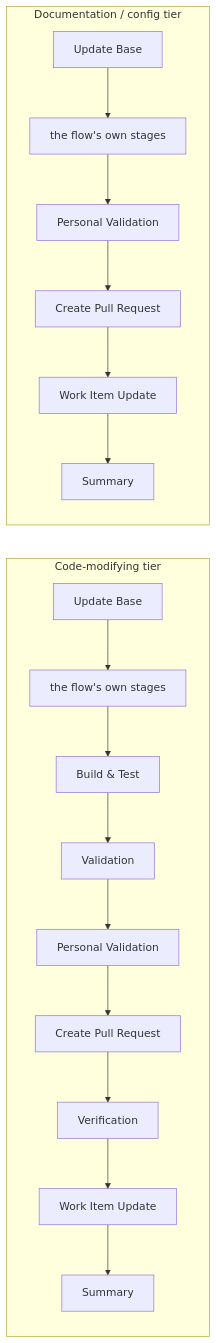
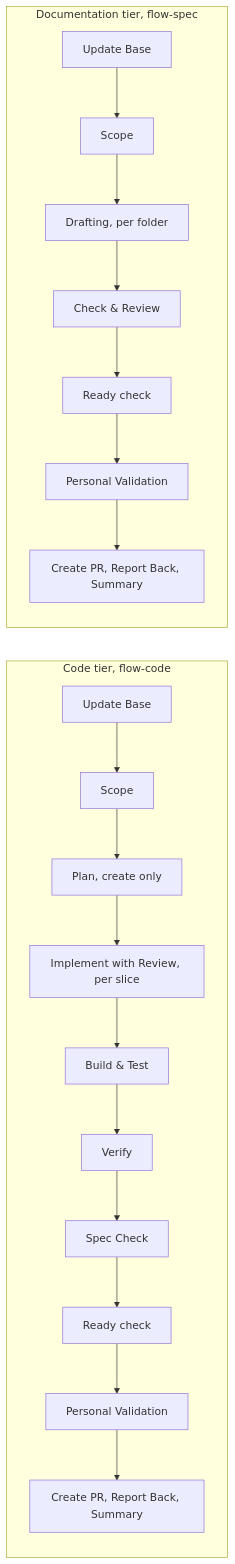
One commit to JSdotNet/ai-agent-stack changed the fourth of 7 diagrams in .devbook/arc42/building-blocks/delivery.md. Above: the diagram before and after it, drawn with Mermaid. The commit also changed other lines of this file and 10 other files, not shown here.

First line of the commit message:
Record the per-phase delivery config decision

````diff
--- a/.devbook/arc42/building-blocks/delivery.md
+++ b/.devbook/arc42/building-blocks/delivery.md
@@ -853,23 +997,25 @@
 ```mermaid
 flowchart LR
-    subgraph code["Code-modifying tier"]
+    subgraph code["Code tier, flow-code"]
         direction TB
-        c1["Update Base"] --> c2["the flow's own stages"]
-        c2 --> c3["Build & Test"]
-        c3 --> c4["Validation"]
-        c4 --> c5["Personal Validation"]
-        c5 --> c6["Create Pull Request"]
-        c6 --> c7["Verification"]
-        c7 --> c8["Work Item Update"]
-        c8 --> c9["Summary"]
+        c1["Update Base"] --> c2["Scope"]
+        c2 --> c3["Plan, create only"]
+        c3 --> c4["Implement with Review, per slice"]
+        c4 --> c5["Build & Test"]
+        c5 --> c6["Verify"]
+        c6 --> c7["Spec Check"]
+        c7 --> c8["Ready check"]
+        c8 --> c9["Personal Validation"]
+        c9 --> c10["Create PR, Report Back, Summary"]
     end
 
-    subgraph docs["Documentation / config tier"]
+    subgraph docs["Documentation tier, flow-spec"]
         direction TB
-        d1["Update Base"] --> d2["the flow's own stages"]
-        d2 --> d5["Personal Validation"]
-        d5 --> d6["Create Pull Request"]
-        d6 --> d8["Work Item Update"]
-        d8 --> d9["Summary"]
+        d1["Update Base"] --> d2["Scope"]
+        d2 --> d3["Drafting, per folder"]
+        d3 --> d4["Check & Review"]
+        d4 --> d5["Ready check"]
+        d5 --> d6["Personal Validation"]
+        d6 --> d7["Create PR, Report Back, Summary"]
     end
 ```
````
